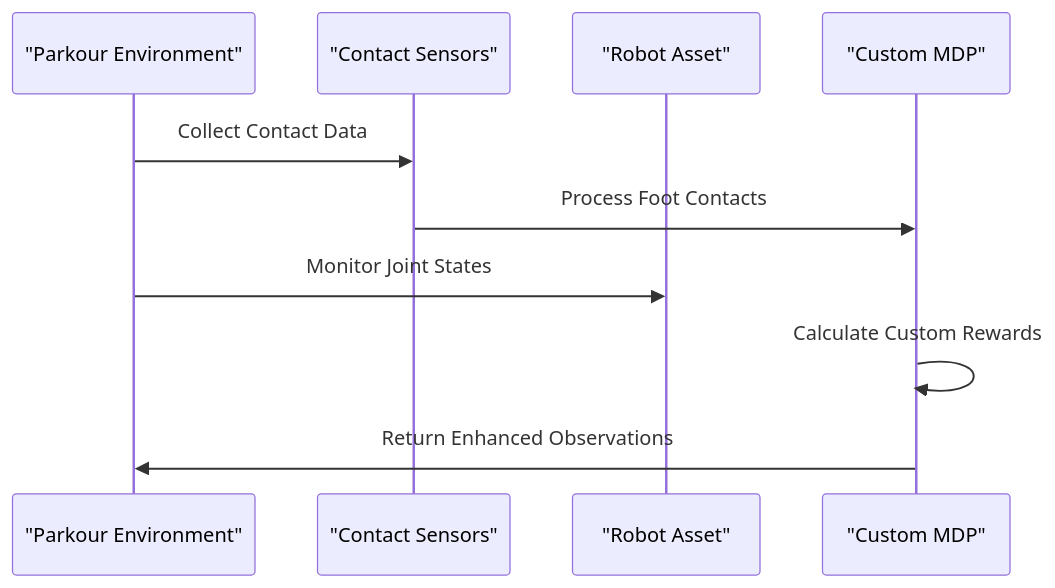
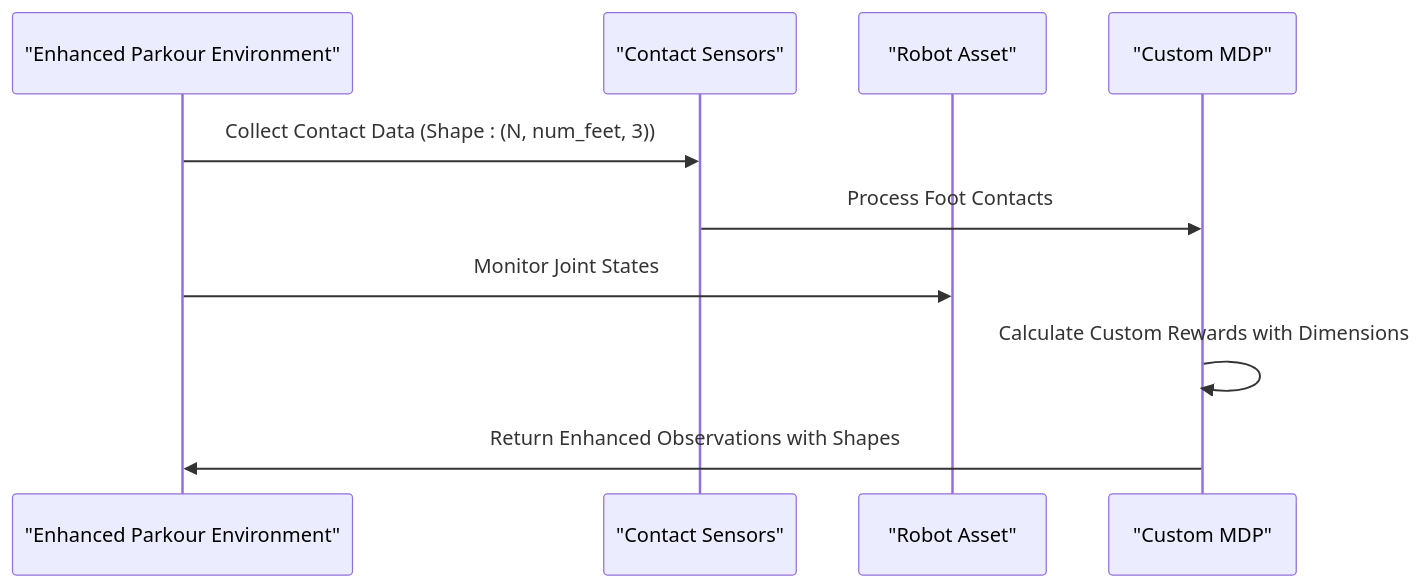
One commit to jayjayhust/robot_lab changed the ninth of 12 diagrams in .qoder/repowiki/en/content/Robot Categories and Models/Quadruped Robots/Unitree Go2 Series.md. Above: the diagram before and after it, drawn with Mermaid. The commit also changed other lines of this file and 168 other files, not shown here.

````diff
--- a/.qoder/repowiki/en/content/Robot Categories and Models/Quadruped Robots/Unitree Go2 Series.md
+++ b/.qoder/repowiki/en/content/Robot Categories and Models/Quadruped Robots/Unitree Go2 Series.md
@@ -340,12 +357,12 @@
 ```mermaid
 sequenceDiagram
-participant Env as "Parkour Environment"
+participant Env as "Enhanced Parkour Environment"
 participant Sensor as "Contact Sensors"
 participant Asset as "Robot Asset"
 participant MDP as "Custom MDP"
-Env->>Sensor : Collect Contact Data
+Env->>Sensor : Collect Contact Data (Shape : (N, num_feet, 3))
 Sensor->>MDP : Process Foot Contacts
 Env->>Asset : Monitor Joint States
-MDP->>MDP : Calculate Custom Rewards
-MDP->>Env : Return Enhanced Observations
+MDP->>MDP : Calculate Custom Rewards with Dimensions
+MDP->>Env : Return Enhanced Observations with Shapes
 ```
````
